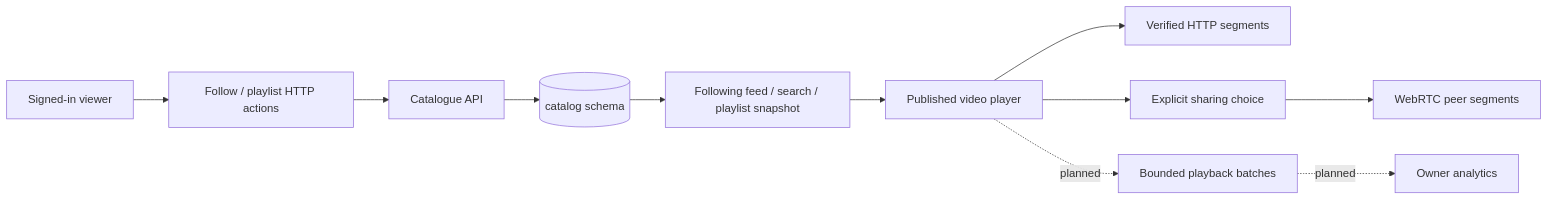
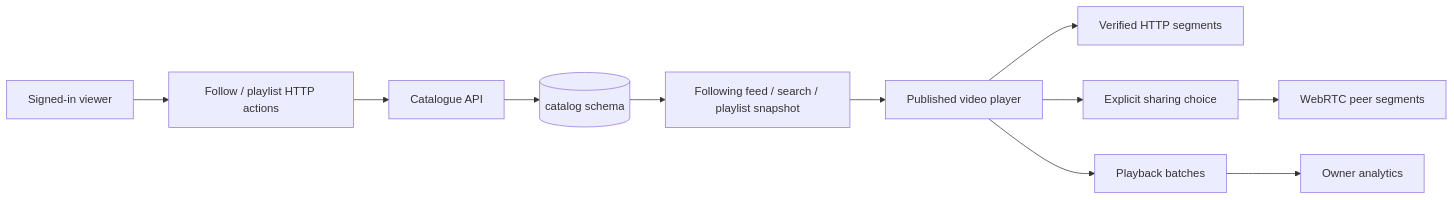
One commit to darshpatel1052/PeerShare changed the diagram in docs/learning/phase-4/README.md. Above: the diagram before and after it, drawn with Mermaid. The commit also changed other lines of this file and 70 other files, not shown here.

````diff
--- a/docs/learning/phase-4/README.md
+++ b/docs/learning/phase-4/README.md
@@ -11,13 +18,13 @@
 ```mermaid
 flowchart LR
  Viewer[Signed-in viewer] --> Follow[Follow / playlist HTTP actions]
  Follow --> Catalogue[Catalogue API]
  Catalogue --> DB[(catalog schema)]
  DB --> Feed[Following feed / search / playlist snapshot]
  Feed --> Watch[Published video player]
  Watch --> HTTP[Verified HTTP segments]
  Watch --> Consent[Explicit sharing choice]
  Consent --> Peers[WebRTC peer segments]
- Watch -. planned .-> Measurements[Bounded playback batches]
- Measurements -. planned .-> Creator[Owner analytics]
+ Watch --> Measurements[Playback batches]
+ Measurements --> Creator[Owner analytics]
 ```
````
